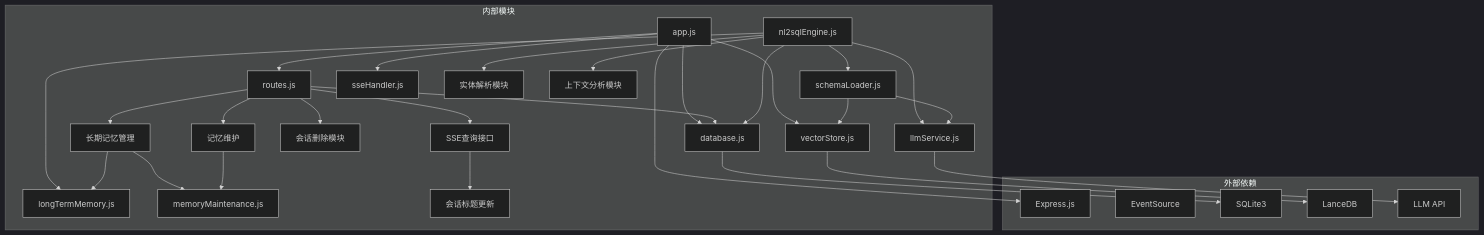
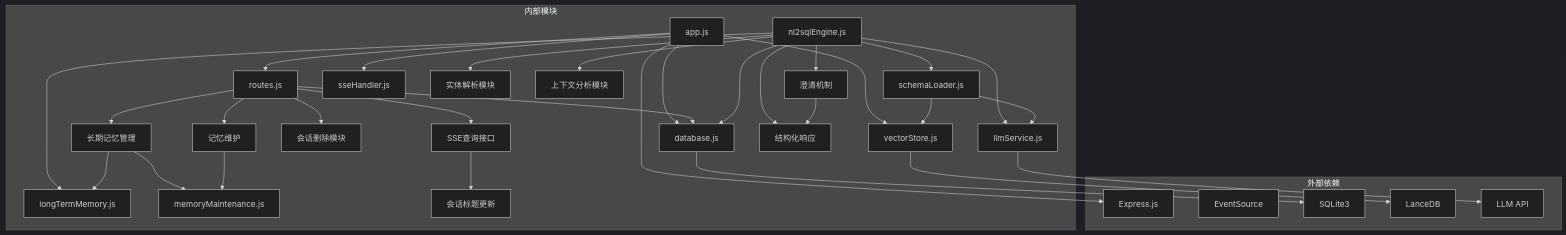
Before and after one commit to HanHuiOnLine/724-office: diagram 16 of 16 in .qoder/repowiki/zh/content/API参考/NL2SQL API参考.md, drawn with Mermaid (dark theme). The commit also changed other lines of this file and 115 other files, not shown here.

````diff
--- a/.qoder/repowiki/zh/content/API参考/NL2SQL API参考.md
+++ b/.qoder/repowiki/zh/content/API参考/NL2SQL API参考.md
@@ -866,54 +993,59 @@
 ```mermaid
 graph TB
 subgraph "外部依赖"
 A[Express.js]
 B[EventSource]
 C[SQLite3]
 D[LanceDB]
 E[LLM API]
 end
 subgraph "内部模块"
 F[app.js]
 G[routes.js]
 H[nl2sqlEngine.js]
 I[llmService.js]
 J[schemaLoader.js]
 K[database.js]
 L[vectorStore.js]
 M[sseHandler.js]
 N[longTermMemory.js]
 O[memoryMaintenance.js]
 P[实体解析模块]
 Q[上下文分析模块]
 R[会话删除模块]
 S[SSE查询接口]
 T[会话标题更新]
 U[长期记忆管理]
 V[记忆维护]
+W[澄清机制]
+X[结构化响应]
 end
 F --> A
 F --> G
 F --> M
 F --> K
 F --> L
 G --> K
 H --> I
 H --> J
 H --> K
 H --> N
 H --> P
 H --> Q
+H --> W
+H --> X
 I --> E
 J --> L
 J --> I
 K --> C
 L --> D
 G --> R
 G --> S
 G --> U
 G --> V
 U --> N
 U --> O
 V --> O
 S --> T
+W --> X
 ```
````
